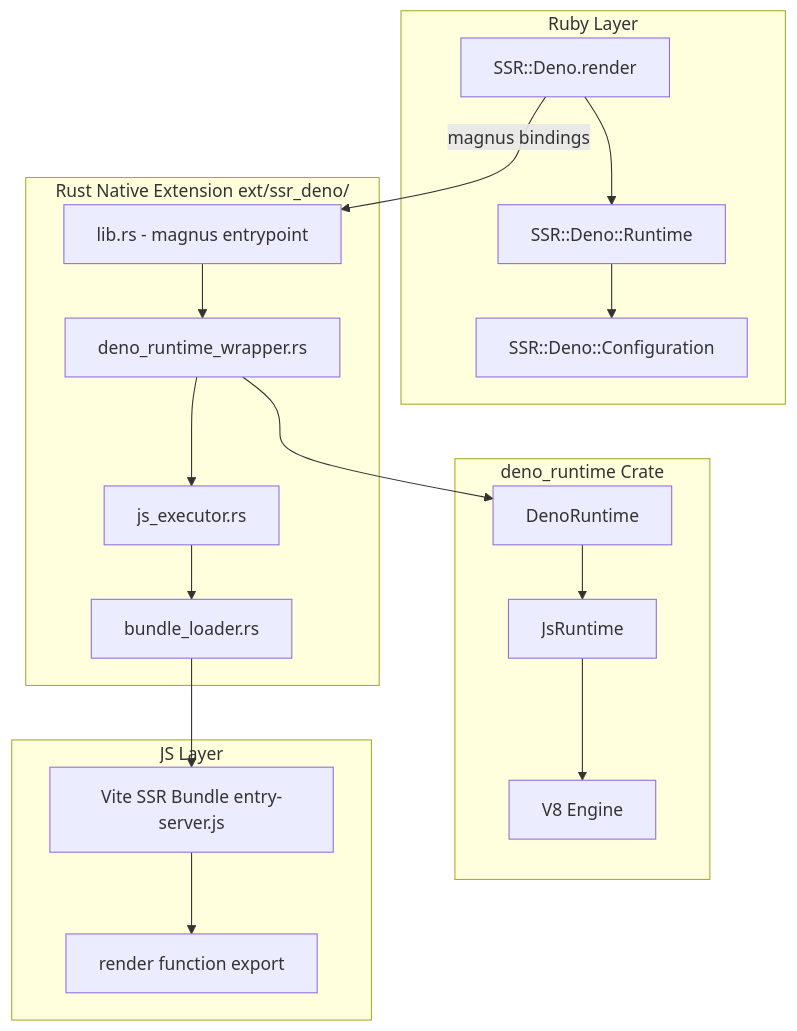
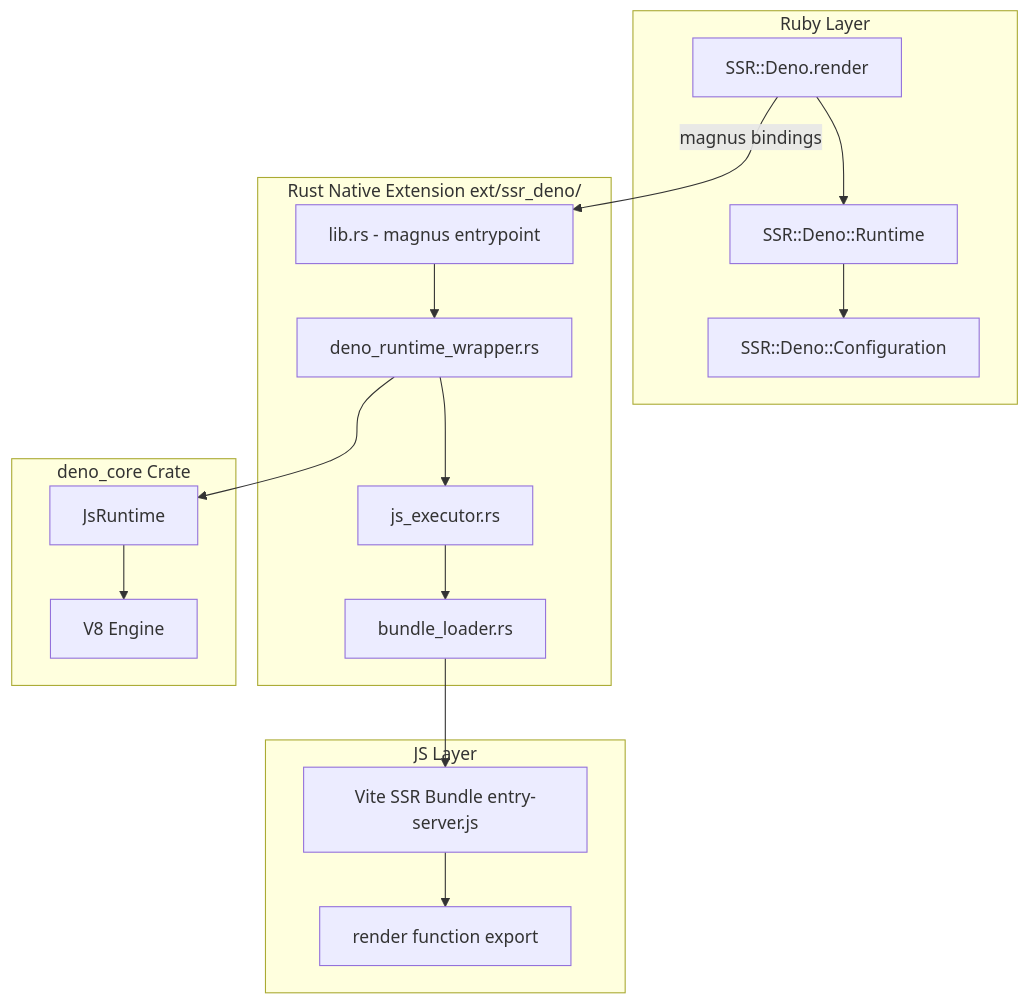
One commit to mdesantis/ssr-deno changed the third of 4 diagrams in plans/architecture.md. Above: the diagram before and after it, drawn with Mermaid. The commit also changed other lines of this file and 1 other file, not shown here.

First line of the commit message:
Update remaining deno_runtime references to deno_core::JsRuntime

````diff
--- a/plans/architecture.md
+++ b/plans/architecture.md
@@ -50,25 +50,24 @@
 ```mermaid
 flowchart TD
     subgraph Ruby Layer
         R1[SSR::Deno.render] --> R2[SSR::Deno::Runtime]
         R2 --> R3[SSR::Deno::Configuration]
     end
 
     subgraph Rust Native Extension ext/ssr_deno/
         R1 -->|magnus bindings| M1[lib.rs - magnus entrypoint]
         M1 --> M2[deno_runtime_wrapper.rs]
         M2 --> M3[js_executor.rs]
         M3 --> M4[bundle_loader.rs]
     end
 
-    subgraph deno_runtime Crate
-        M2 --> D1[DenoRuntime]
-        D1 --> D2[JsRuntime]
-        D2 --> D3[V8 Engine]
+    subgraph deno_core Crate
+        M2 --> D1[JsRuntime]
+        D1 --> D2[V8 Engine]
     end
 
     subgraph JS Layer
         M4 --> J1[Vite SSR Bundle entry-server.js]
         J1 --> J2[render function export]
     end
 ```
````
